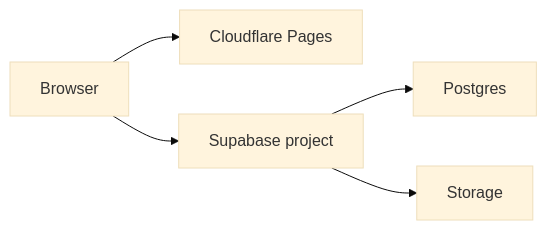
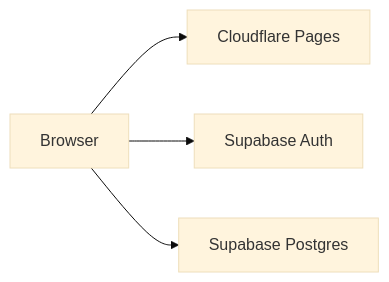
One commit to vfidelix/fullstack-garage changed the third of 4 diagrams in docs/architecture/fullstack-garage-architecture.md. Above: the diagram before and after it, drawn with Mermaid (base theme). The commit also changed other lines of this file and 4 other files, not shown here.

````diff
--- a/docs/architecture/fullstack-garage-architecture.md
+++ b/docs/architecture/fullstack-garage-architecture.md
@@ -130,7 +281,6 @@
 ```mermaid
 flowchart LR
     Browser["Browser"] --> Pages["Cloudflare Pages"]
-    Browser --> Supabase["Supabase project"]
-    Supabase --> Postgres["Postgres"]
-    Supabase --> Storage["Storage"]
+    Browser --> Auth["Supabase Auth"]
+    Browser --> Postgres["Supabase Postgres"]
 ```
````
